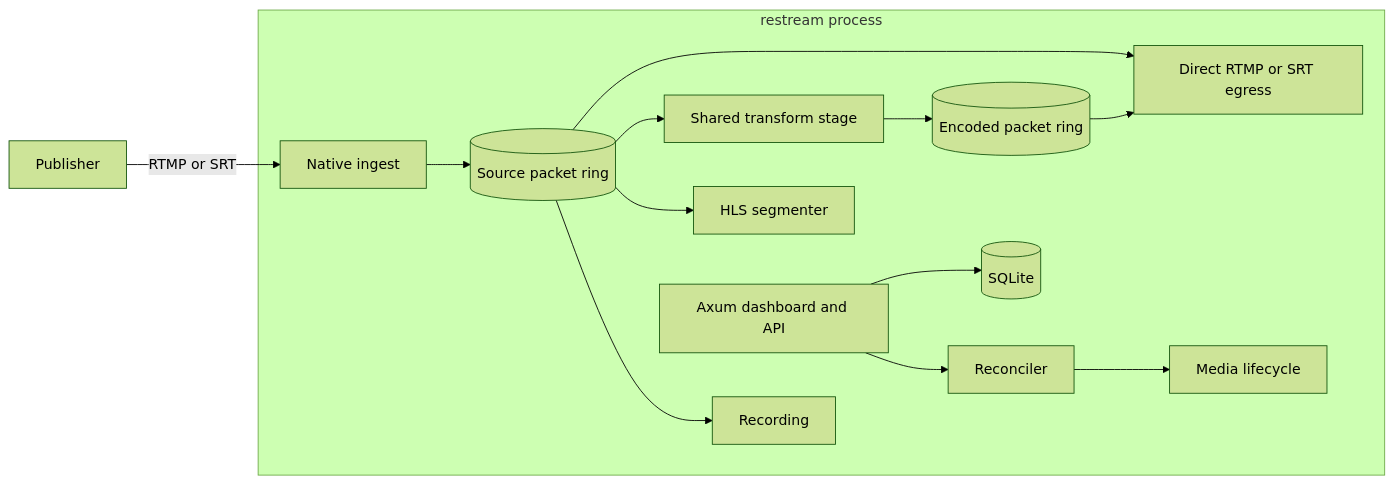
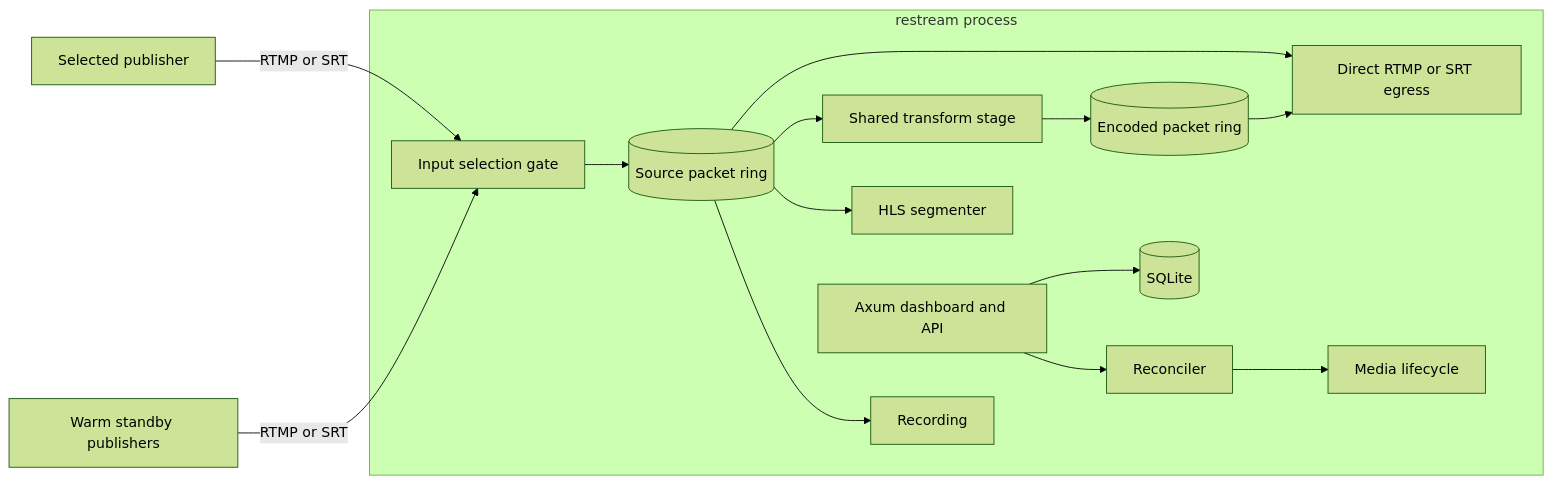
One commit to krsna1729/restream changed the first of 2 diagrams in docs/architecture.md. Above: the diagram before and after it, drawn with Mermaid (forest theme). The commit also changed other lines of this file and 106 other files, not shown here.

````diff
--- a/docs/architecture.md
+++ b/docs/architecture.md
@@ -21,18 +22,19 @@
 ```mermaid
 flowchart LR
-    Publisher["Publisher"] -->|"RTMP or SRT"| Ingest["Native ingest"]
+    Primary["Selected publisher"] -->|"RTMP or SRT"| Selection["Input selection gate"]
+    Standby["Warm standby publishers"] -->|"RTMP or SRT"| Selection
 
     subgraph Restream["restream process"]
-        Ingest --> Source[("Source packet ring")]
+        Selection --> Source[("Source packet ring")]
         Source --> Direct["Direct RTMP or SRT egress"]
         Source --> Transform["Shared transform stage"]
         Transform --> Encoded[("Encoded packet ring")]
         Encoded --> Direct
         Source --> Hls["HLS segmenter"]
         Source --> Recorder["Recording"]
 
         Api["Axum dashboard and API"] --> Database[("SQLite")]
         Reconciler["Reconciler"] --> Runtime["Media lifecycle"]
         Api --> Reconciler
     end
 ```
````
